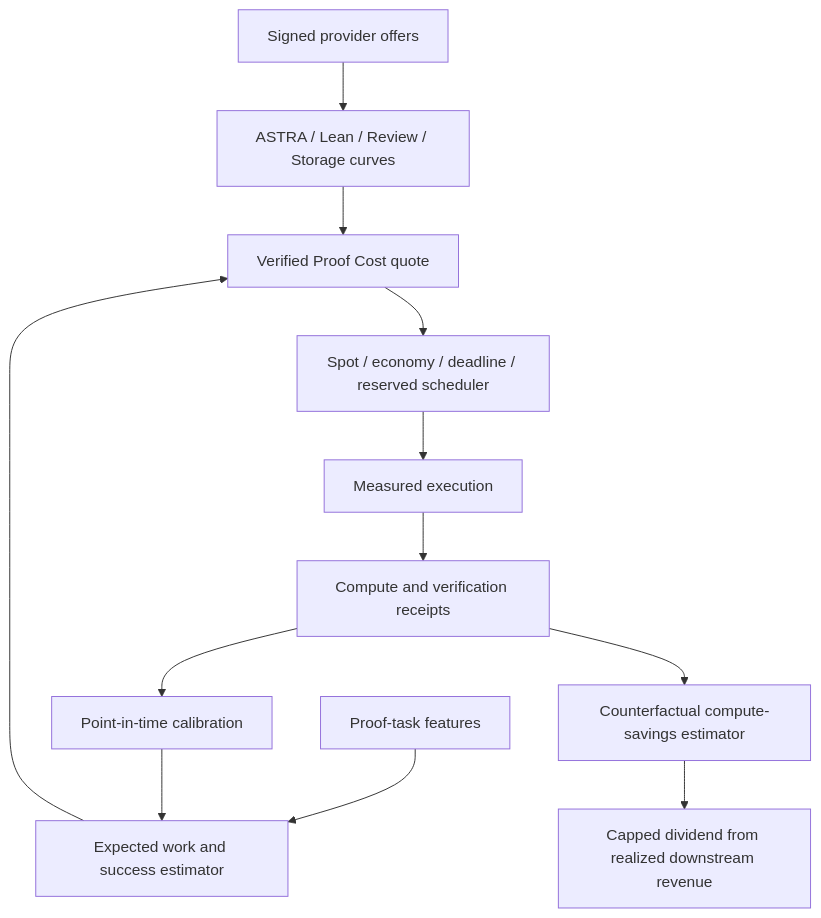
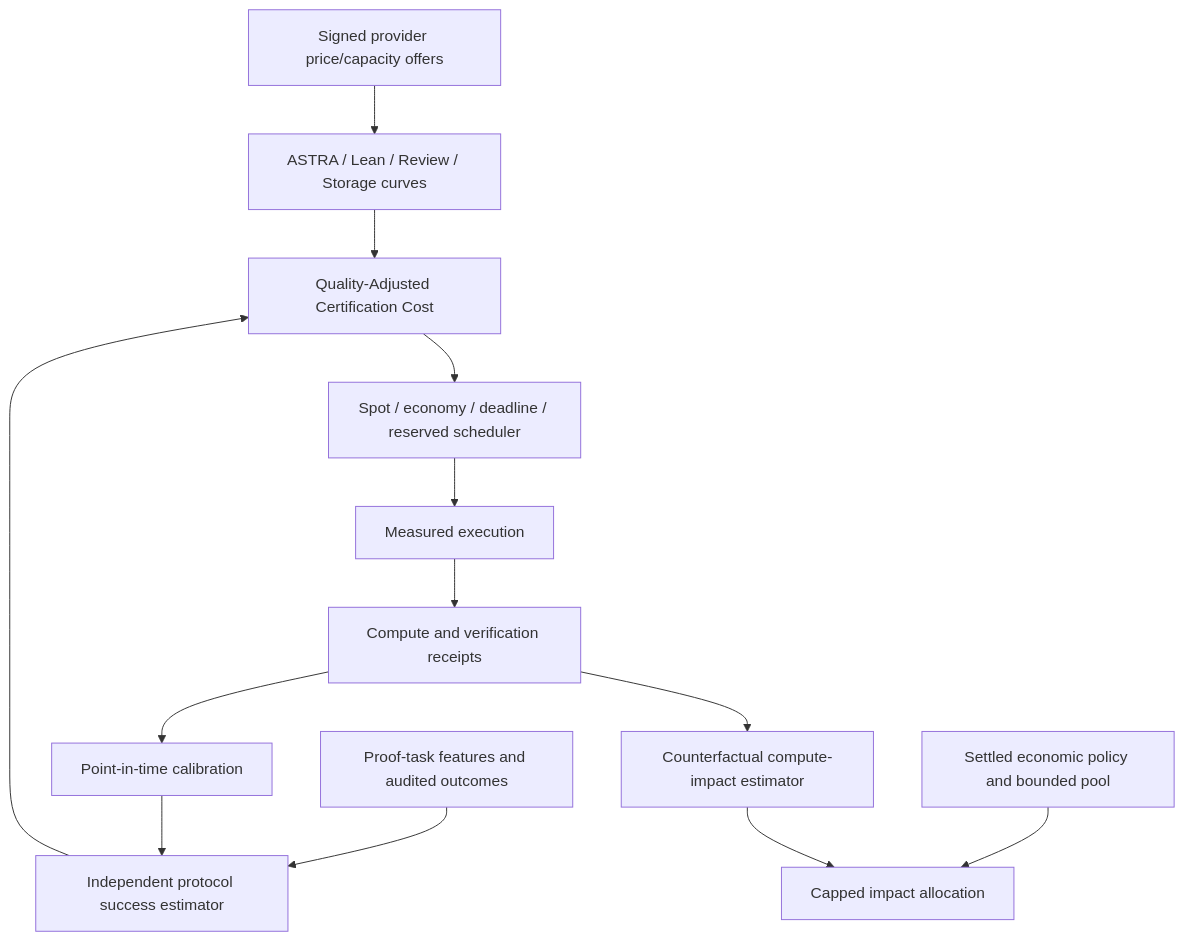
One commit to jetspace/xlemma-protocol changed the seventh of 10 diagrams in docs/ARCHITECTURE_DIAGRAMS.md. Above: the diagram before and after it, drawn with Mermaid. The commit also changed other lines of this file and 67 other files, not shown here.

````diff
--- a/docs/ARCHITECTURE_DIAGRAMS.md
+++ b/docs/ARCHITECTURE_DIAGRAMS.md
@@ -222,14 +222,15 @@
 ```mermaid
 flowchart TD
-    O[Signed provider offers] --> Curves[ASTRA / Lean / Review / Storage curves]
-    T[Proof-task features] --> Estimator[Expected work and success estimator]
-    Curves --> Quote[Verified Proof Cost quote]
+    O[Signed provider price/capacity offers] --> Curves[ASTRA / Lean / Review / Storage curves]
+    T[Proof-task features and audited outcomes] --> Estimator[Independent protocol success estimator]
+    Curves --> Quote[Quality-Adjusted Certification Cost]
     Estimator --> Quote
     Quote --> Scheduler[Spot / economy / deadline / reserved scheduler]
     Scheduler --> Execution[Measured execution]
     Execution --> Receipts[Compute and verification receipts]
     Receipts --> Calibration[Point-in-time calibration]
     Calibration --> Estimator
-    Receipts --> Savings[Counterfactual compute-savings estimator]
-    Savings --> Dividend[Capped dividend from realized downstream revenue]
+    Receipts --> Savings[Counterfactual compute-impact estimator]
+    Policy[Settled economic policy and bounded pool] --> Allocation[Capped impact allocation]
+    Savings --> Allocation
 ```
````
